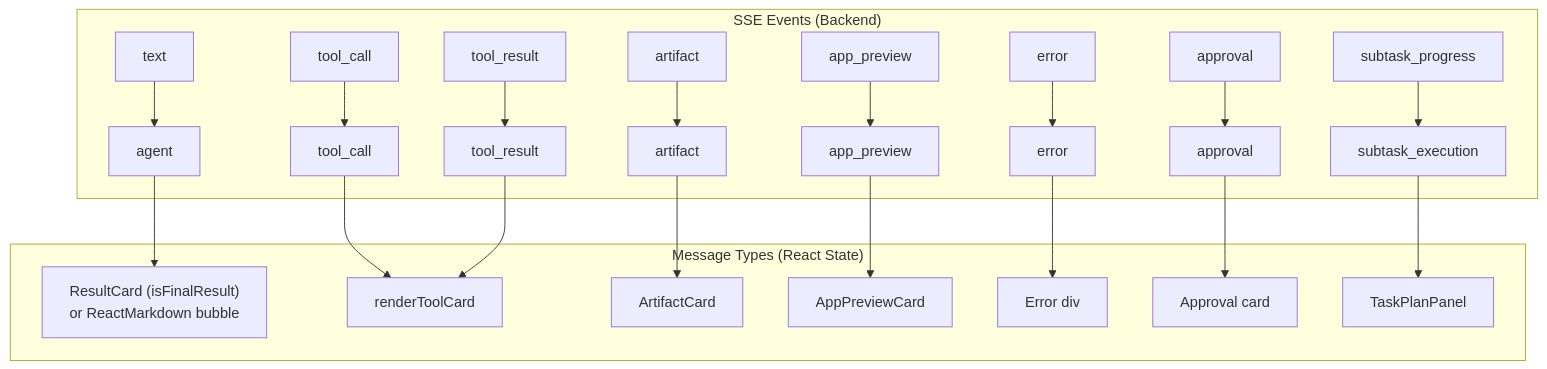
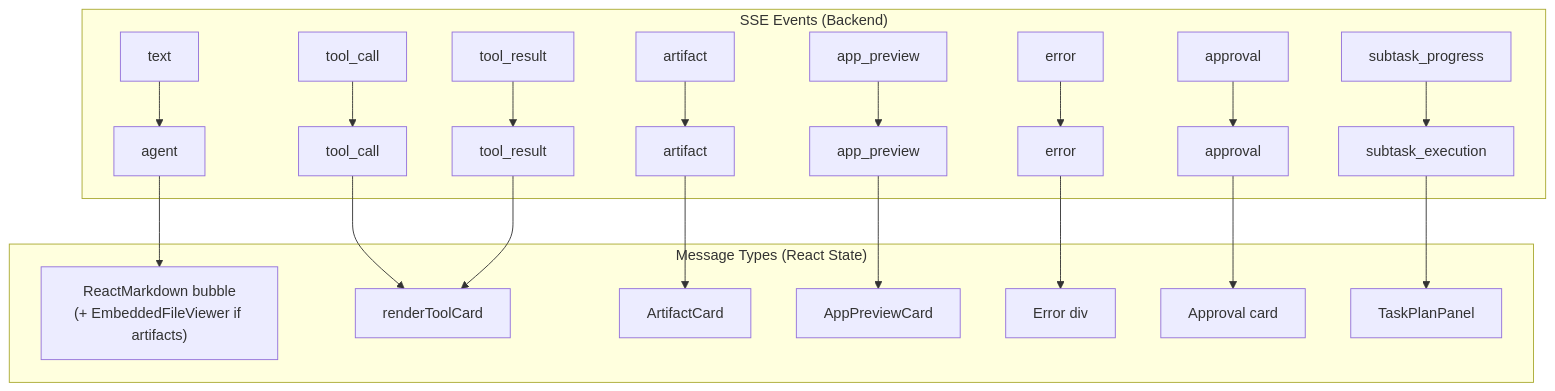
Before and after one commit to schardosin/astonish: the third of 7 diagrams in docs/architecture/chat-rendering-pipeline.md, drawn with Mermaid. The commit also changed other lines of this file and 10 other files, not shown here.

First line of the commit message:
fix: remove ResultCard, promote skill_lookup, titleDone channel, streaming title dedup

````diff
--- a/docs/architecture/chat-rendering-pipeline.md
+++ b/docs/architecture/chat-rendering-pipeline.md
@@ -149,24 +149,24 @@
 ```mermaid
 graph TD
     subgraph "SSE Events (Backend)"
         E1[text] --> M1[agent]
         E2[tool_call] --> M2[tool_call]
         E3[tool_result] --> M3[tool_result]
         E4[artifact] --> M4[artifact]
         E5[app_preview] --> M5[app_preview]
         E6[error] --> M6[error]
         E7[approval] --> M7[approval]
         E8[subtask_progress] --> M8[subtask_execution]
     end
 
     subgraph "Message Types (React State)"
-        M1 --> C1["ResultCard (isFinalResult)<br/>or ReactMarkdown bubble"]
+        M1 --> C1["ReactMarkdown bubble<br/>(+ EmbeddedFileViewer if artifacts)"]
         M2 --> C2[renderToolCard]
         M3 --> C2
         M4 --> C3[ArtifactCard]
         M5 --> C4[AppPreviewCard]
         M6 --> C5[Error div]
         M7 --> C6[Approval card]
         M8 --> C7[TaskPlanPanel]
     end
 ```
````
